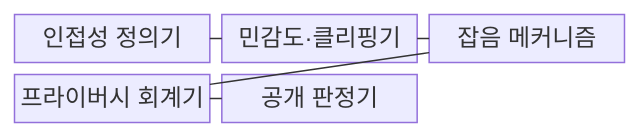
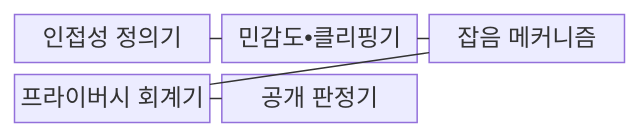
Before and after one commit to agnusdei1207/knowledge-base: the first of 2 diagrams in src/content/docs/notes/08-latest-tech/113_differential_privacy.md, drawn with Mermaid. The commit also changed other lines of this file and 953 other files, not shown here.

````diff
--- a/src/content/docs/notes/08-latest-tech/113_differential_privacy.md
+++ b/src/content/docs/notes/08-latest-tech/113_differential_privacy.md
@@ -73,13 +73,13 @@
 ```mermaid
 block-beta
     columns 3
     A["인접성 정의기"]
-    C["민감도·클리핑기"]
+    C["민감도•클리핑기"]
     N["잡음 메커니즘"]
     P["프라이버시 회계기"]
     R["공개 판정기"]
     A --- C
     C --- N
     N --- P
     P --- R
 ```
````
